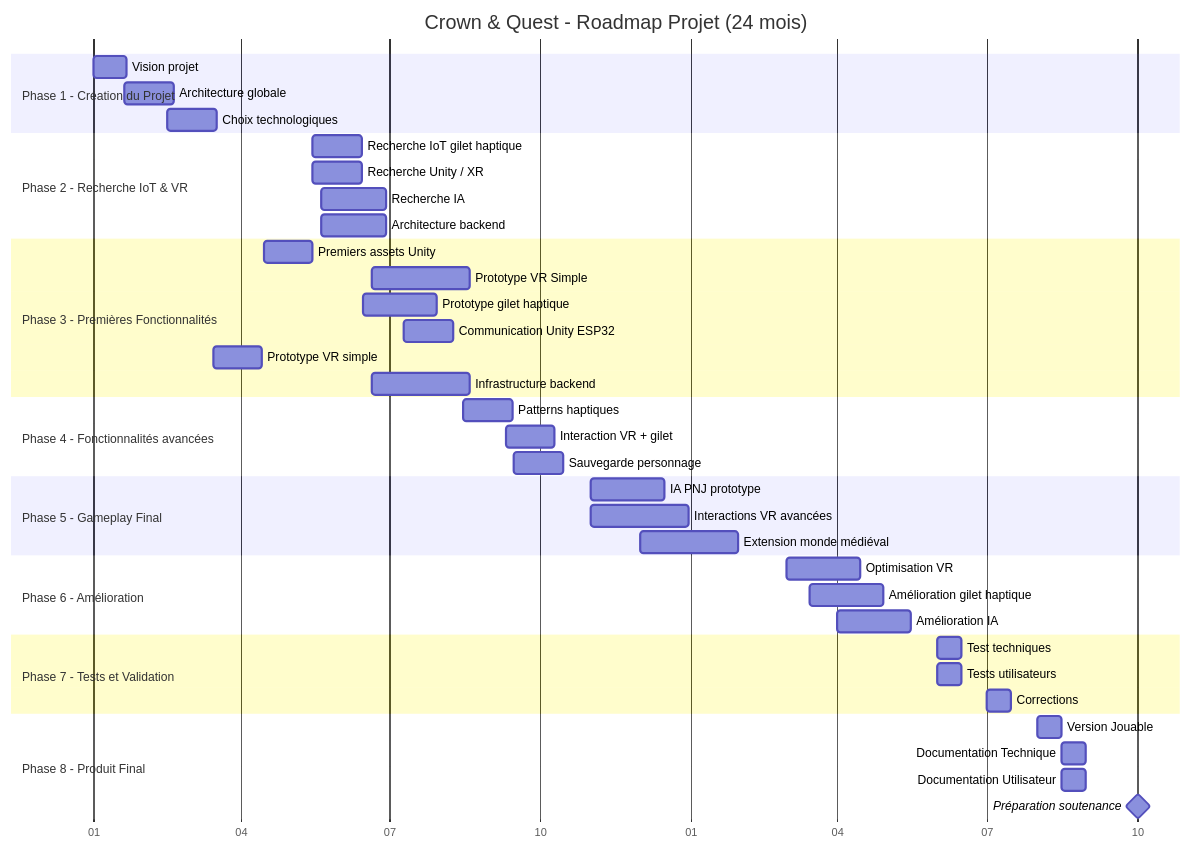
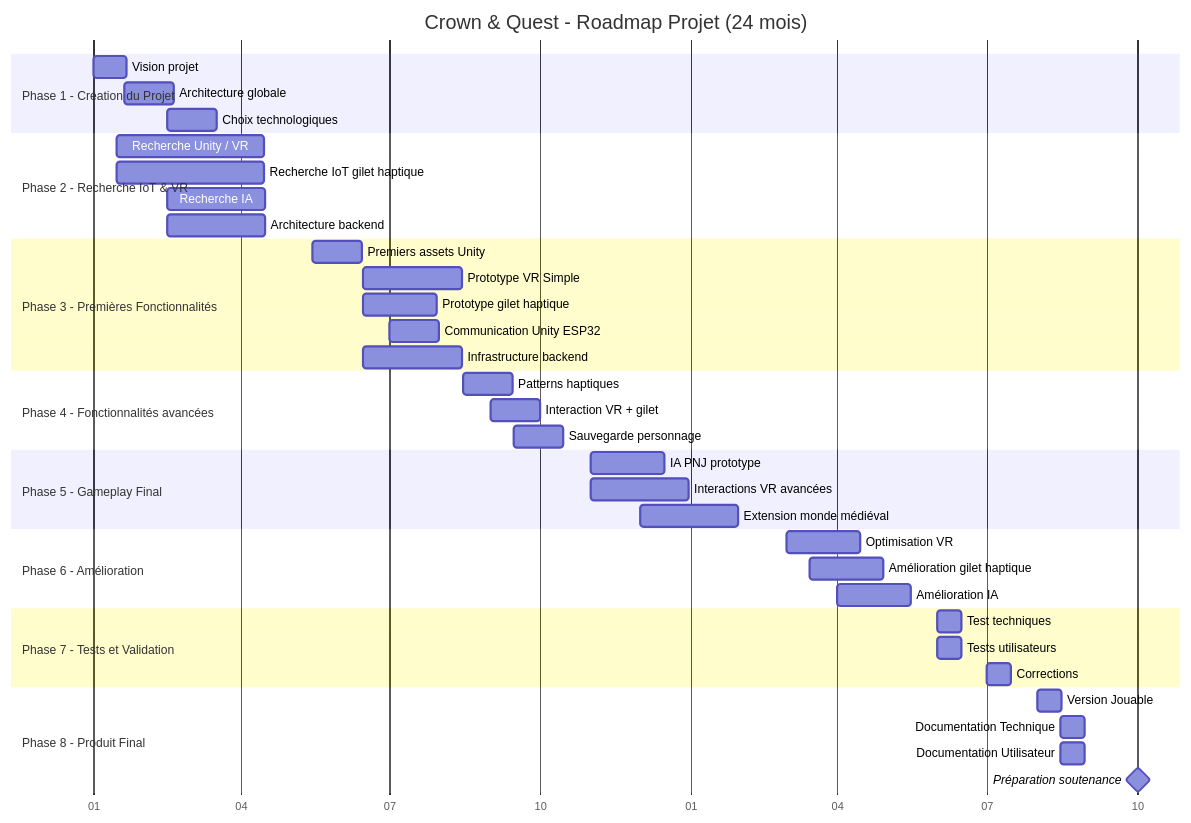
One commit to Crown-Quest/docs changed the diagram in docs/Architecture/gantt.md. Above: the diagram before and after it, drawn with Mermaid.

Commit message:
doc(gantt): ajust dates

````diff
--- a/docs/Architecture/gantt.md
+++ b/docs/Architecture/gantt.md
@@ -1,51 +1,50 @@
 ```mermaid
 gantt
 title Crown & Quest - Roadmap Projet (24 mois)
 dateFormat YYYY-MM-DD
 axisFormat %m
 
 section Phase 1 - Création du Projet
 Vision projet :p1a, 2026-01-01, 20d
 Architecture globale :p1b, 2026-01-20, 30d
 Choix technologiques :p1c, 2026-02-15, 30d
 
 section Phase 2 - Recherche IoT & VR
-Recherche IoT gilet haptique :p2a, 2026-05-15, 30d
-Recherche Unity / XR :p2b, 2026-05-15, 30d
-Recherche IA :p2c, 2026-05-20, 40d
-Architecture backend :p2d, 2026-05-20, 40d
+Recherche Unity / VR :p2a, 2026-01-15, 90d
+Recherche IoT gilet haptique :p2b, 2026-01-15, 90d
+Recherche IA :p2c, 2026-02-15, 60d
+Architecture backend :p2d, 2026-02-15, 60d
 
 section Phase 3 - Premières Fonctionnalités
-Premiers assets Unity :p3a, 2026-04-15, 30d
-Prototype VR Simple :p3b, 2026-06-20, 60d
+Premiers assets Unity :p3a, 2026-5-15, 30d
+Prototype VR Simple :p3b, 2026-06-15, 60d
 Prototype gilet haptique :p3c, 2026-06-15, 45d
-Communication Unity ESP32 :p3d, 2026-07-10, 30d
-Prototype VR simple :p3e, 2026-03-15, 30d
-Infrastructure backend :p3f, 2026-06-20, 60d
+Communication Unity ESP32 :p3d, 2026-07-01, 30d
+Infrastructure backend :p3e, 2026-06-15, 60d
 
 section Phase 4 - Fonctionnalités avancées
 Patterns haptiques :p4a, 2026-08-15, 30d
-Interaction VR + gilet :p4b, 2026-09-10, 30d
+Interaction VR + gilet :p4b, 2026-09-01, 30d
 Sauvegarde personnage :p4c, 2026-09-15, 30d
 
 section Phase 5 - Gameplay Final
 IA PNJ prototype :p5a, 2026-11-01, 45d
 Interactions VR avancées :p5b, 2026-11-01, 60d
 Extension monde médiéval :p5c, 2026-12-01, 60d
 
 section Phase 6 - Amélioration
 Optimisation VR :p6a, 2027-03-01, 45d
 Amélioration gilet haptique :p6b, 2027-03-15, 45d
 Amélioration IA :p6c, 2027-04-01, 45d
 
 section Phase 7 - Tests et Validation
 Test techniques: p7a,2027-06-01, 15d
 Tests utilisateurs :p7b, 2027-06-01, 15d
 Corrections :p7c, 2027-07-01, 15d
 
 section Phase 8 - Produit Final
 Version Jouable :p8a, 2027-08-01, 15d
-Documentation Technique :p8b, 2027-08-16, 15d
-Documentation Utilisateur :p8c, 2027-08-16, 15d
+Documentation Technique :p8b, 2027-08-15, 15d
+Documentation Utilisateur :p8c, 2027-08-15, 15d
 Préparation soutenance :milestone, 2027-10-01, 1d
 ```
````
